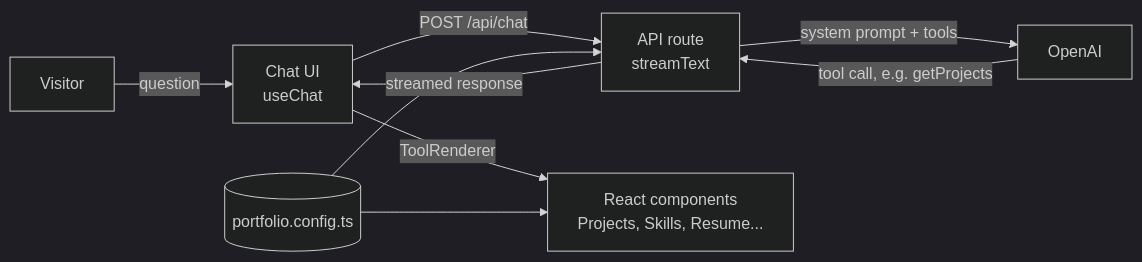
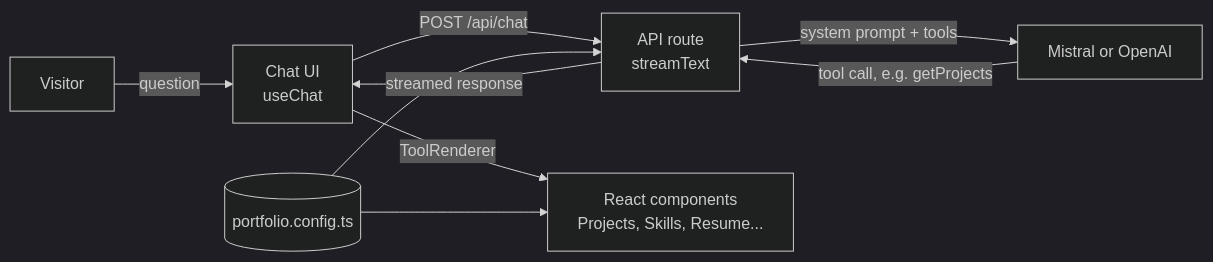
Before and after one commit to T81oub/My-portfolio: the diagram in README.md, drawn with Mermaid (dark theme). The commit also changed other lines of this file and 4 other files, not shown here.

Commit message:
Add Mistral as the preferred chat provider with OpenAI fallback

````diff
--- a/README.md
+++ b/README.md
@@ -194,11 +200,11 @@
 ```mermaid
 flowchart LR
     V[Visitor] -->|question| UI[Chat UI<br/>useChat]
     UI -->|POST /api/chat| API[API route<br/>streamText]
     CFG[(portfolio.config.ts)] --> API
-    API -->|system prompt + tools| LLM[OpenAI]
+    API -->|system prompt + tools| LLM[Mistral or OpenAI]
     LLM -->|tool call, e.g. getProjects| API
     API -->|streamed response| UI
     UI -->|ToolRenderer| C[React components<br/>Projects, Skills, Resume...]
     CFG --> C
 ```
````
